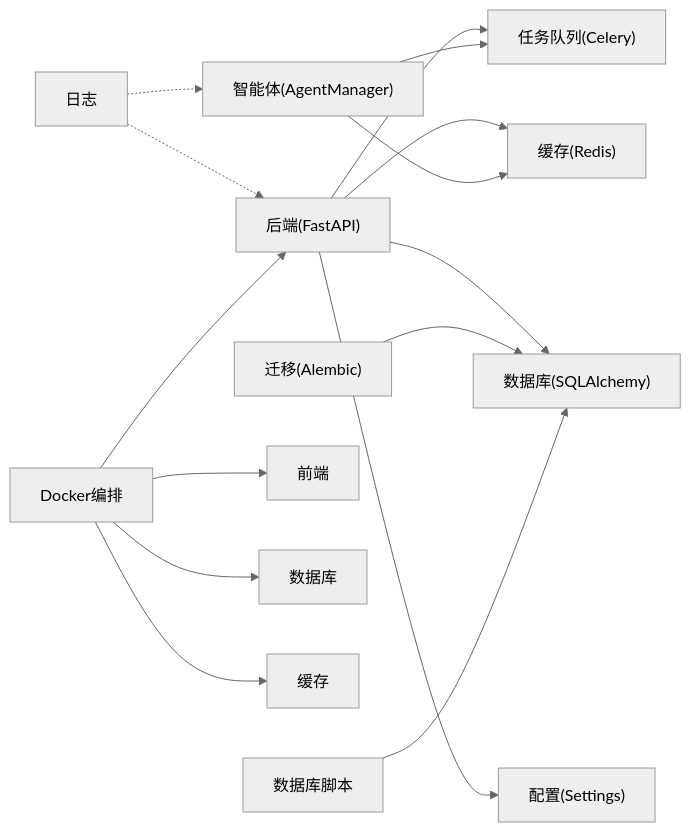
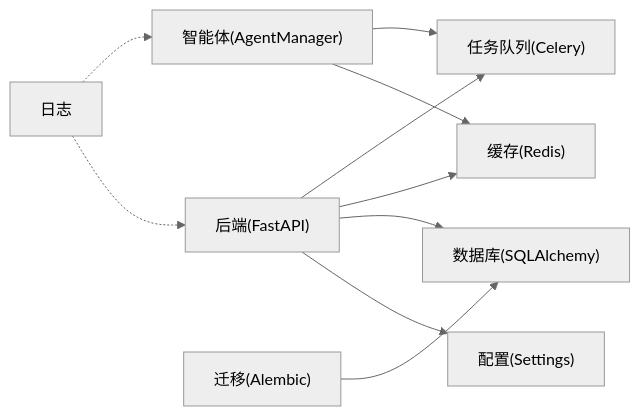
The fifth of 5 diagrams in .qoder/repowiki/zh/content/部署与运维/部署与运维.md (xfbyxq/ai-novel-system), drawn with Mermaid (neutral theme) before and after one commit. The commit also changed other lines of this file and 38 other files, not shown here.

````diff
--- a/.qoder/repowiki/zh/content/部署与运维/部署与运维.md
+++ b/.qoder/repowiki/zh/content/部署与运维/部署与运维.md
@@ -391,17 +280,12 @@
 ```mermaid
 graph LR
 BE["后端(FastAPI)"] --> CFG["配置(Settings)"]
 BE --> DB["数据库(SQLAlchemy)"]
 BE --> RC["缓存(Redis)"]
 BE --> CW["任务队列(Celery)"]
 AG["智能体(AgentManager)"] --> RC
 AG --> CW
 LOG["日志"] -.-> BE
 LOG -.-> AG
 MIG["迁移(Alembic)"] --> DB
-DC["Docker编排"] --> BE
-DC --> FE["前端"]
-DC --> PG["数据库"]
-DC --> RD["缓存"]
-DBS["数据库脚本"] --> DB
 ```
````
